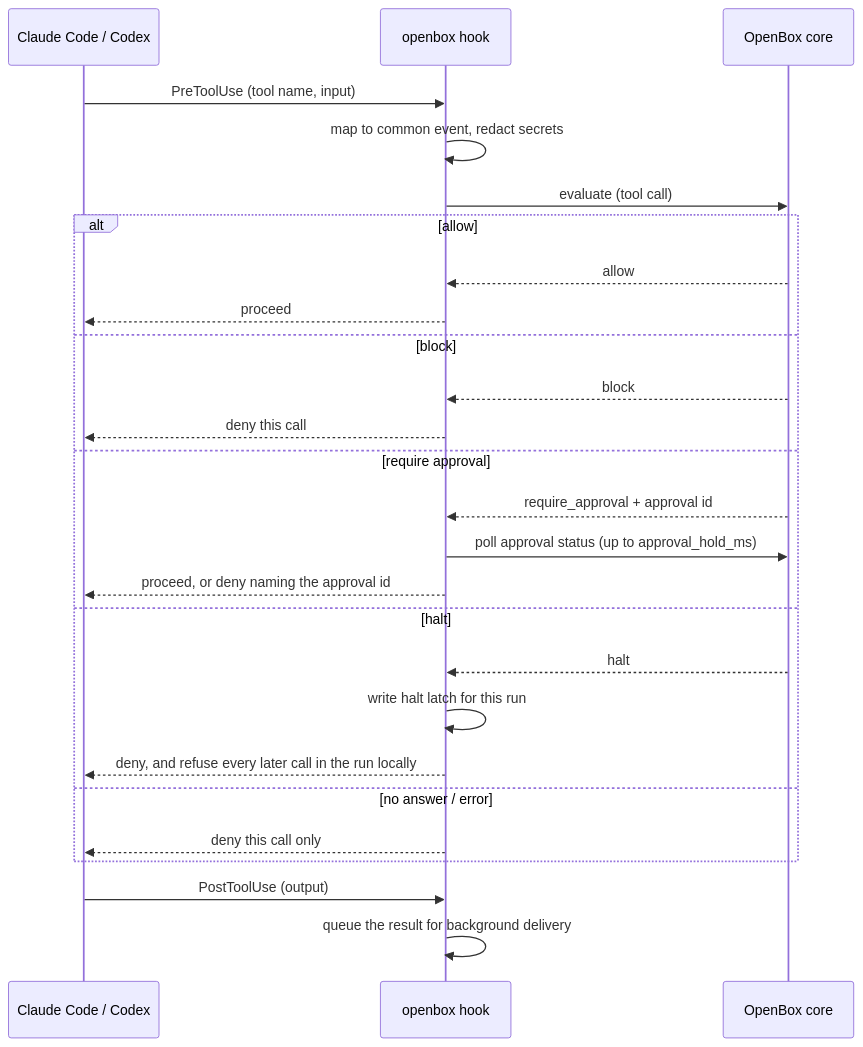
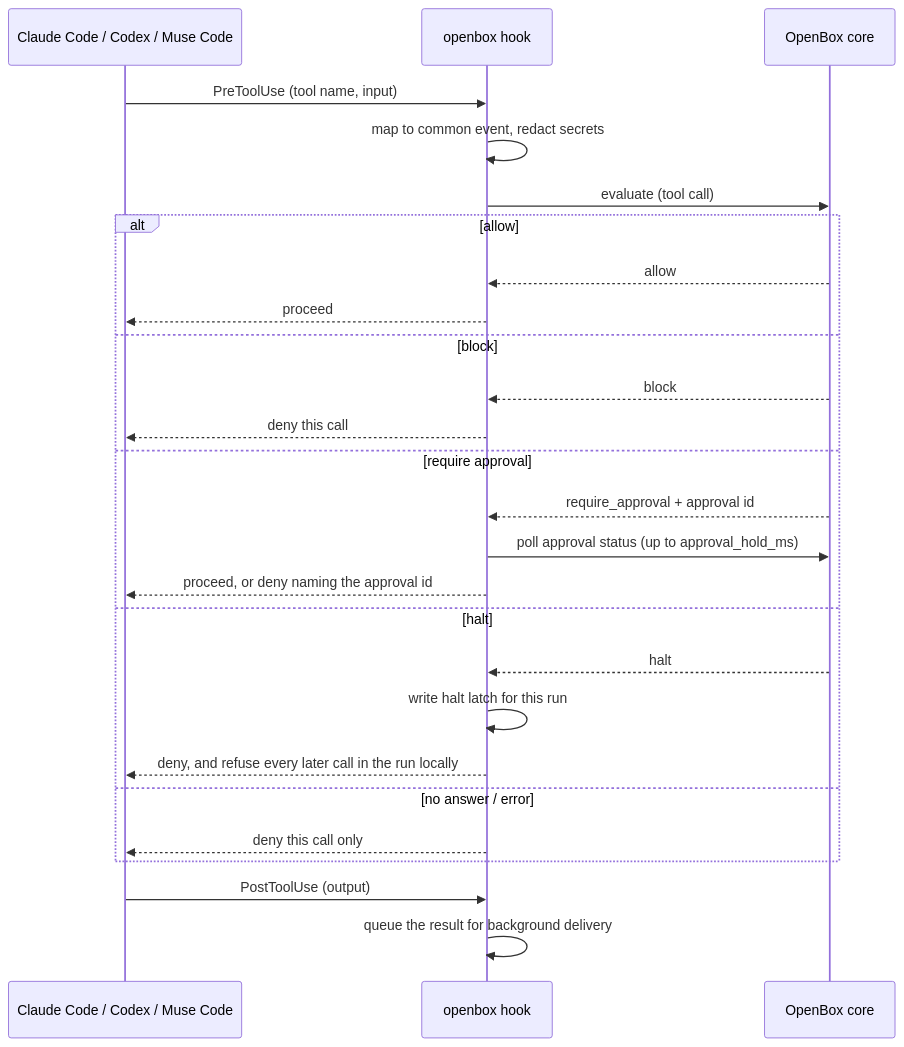
One commit to OpenBox-AI/openbox-shift-left changed the fourth of 4 diagrams in docs/architecture.md. Above: the diagram before and after it, drawn with Mermaid. The commit also changed other lines of this file and 9 other files, not shown here.

First line of the commit message:
docs: document Muse Code as the third governed tool

````diff
--- a/docs/architecture.md
+++ b/docs/architecture.md
@@ -136,28 +136,28 @@
 ```mermaid
 sequenceDiagram
-  participant T as Claude Code / Codex
+  participant T as Claude Code / Codex / Muse Code
   participant H as openbox hook
   participant C as OpenBox core
   T->>H: PreToolUse (tool name, input)
   H->>H: map to common event, redact secrets
   H->>C: evaluate (tool call)
   alt allow
     C-->>H: allow
     H-->>T: proceed
   else block
     C-->>H: block
     H-->>T: deny this call
   else require approval
     C-->>H: require_approval + approval id
     H->>C: poll approval status (up to approval_hold_ms)
     H-->>T: proceed, or deny naming the approval id
   else halt
     C-->>H: halt
     H->>H: write halt latch for this run
     H-->>T: deny, and refuse every later call in the run locally
   else no answer / error
     H-->>T: deny this call only
   end
   T->>H: PostToolUse (output)
   H->>H: queue the result for background delivery
 ```
````
